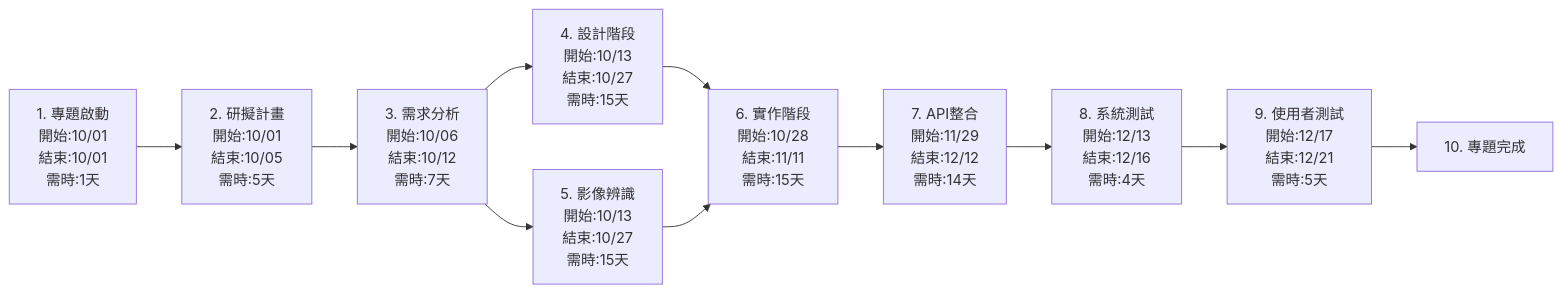
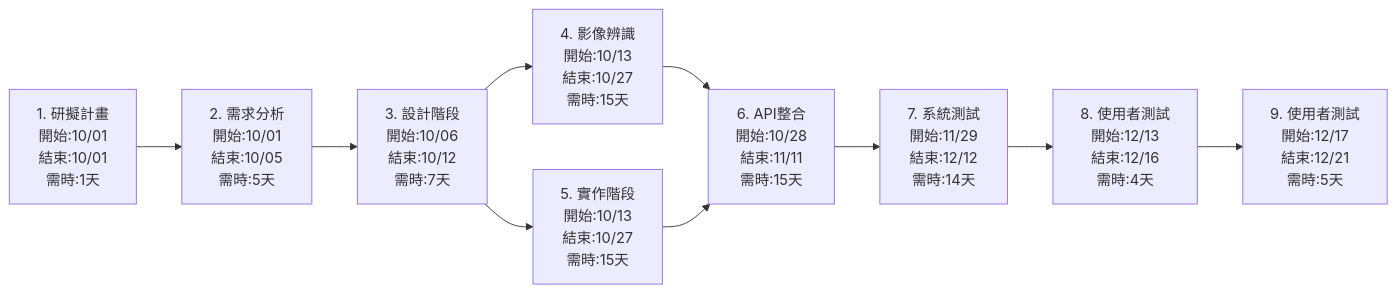
The second of 2 diagrams in 小組作業2.md (kyw012/team-project), drawn with Mermaid before and after one commit.

````diff
--- a/小組作業2.md
+++ b/小組作業2.md
@@ -35,15 +35,15 @@
 ```mermaid
 graph LR
-    A1[1. 專題啟動<br>開始:10/01<br>結束:10/01<br>需時:1天] --> B2[2. 研擬計畫<br>開始:10/01<br>結束:10/05<br>需時:5天]
-    B2 --> C3[3. 需求分析<br>開始:10/06<br>結束:10/12<br>需時:7天]
-    C3 --> D4[4. 設計階段<br>開始:10/13<br>結束:10/27<br>需時:15天]
-    C3 --> E5[5. 影像辨識<br>開始:10/13<br>結束:10/27<br>需時:15天]
-    D4 --> F6[6. 實作階段<br>開始:10/28<br>結束:11/11<br>需時:15天]
+    A1[1. 研擬計畫 <br>開始:10/01<br>結束:10/01<br>需時:1天] --> B2[2. 需求分析<br>開始:10/01<br>結束:10/05<br>需時:5天]
+    B2 --> C3[3. 設計階段<br>開始:10/06<br>結束:10/12<br>需時:7天]
+    C3 --> D4[4. 影像辨識 <br>開始:10/13<br>結束:10/27<br>需時:15天]
+    C3 --> E5[5. 實作階段<br>開始:10/13<br>結束:10/27<br>需時:15天]
+    D4 --> F6[6. API整合<br>開始:10/28<br>結束:11/11<br>需時:15天]
     E5 --> F6
-    F6 --> G7[7. API整合<br>開始:11/29<br>結束:12/12<br>需時:14天]
-    G7 --> H8[8. 系統測試<br>開始:12/13<br>結束:12/16<br>需時:4天]
+    F6 --> G7[7. 系統測試<br>開始:11/29<br>結束:12/12<br>需時:14天]
+    G7 --> H8[8. 使用者測試<br>開始:12/13<br>結束:12/16<br>需時:4天]
     H8 --> I9[9. 使用者測試<br>開始:12/17<br>結束:12/21<br>需時:5天]
-    I9 --> J10[10. 專題完成]
+
 
 
 ```
````
